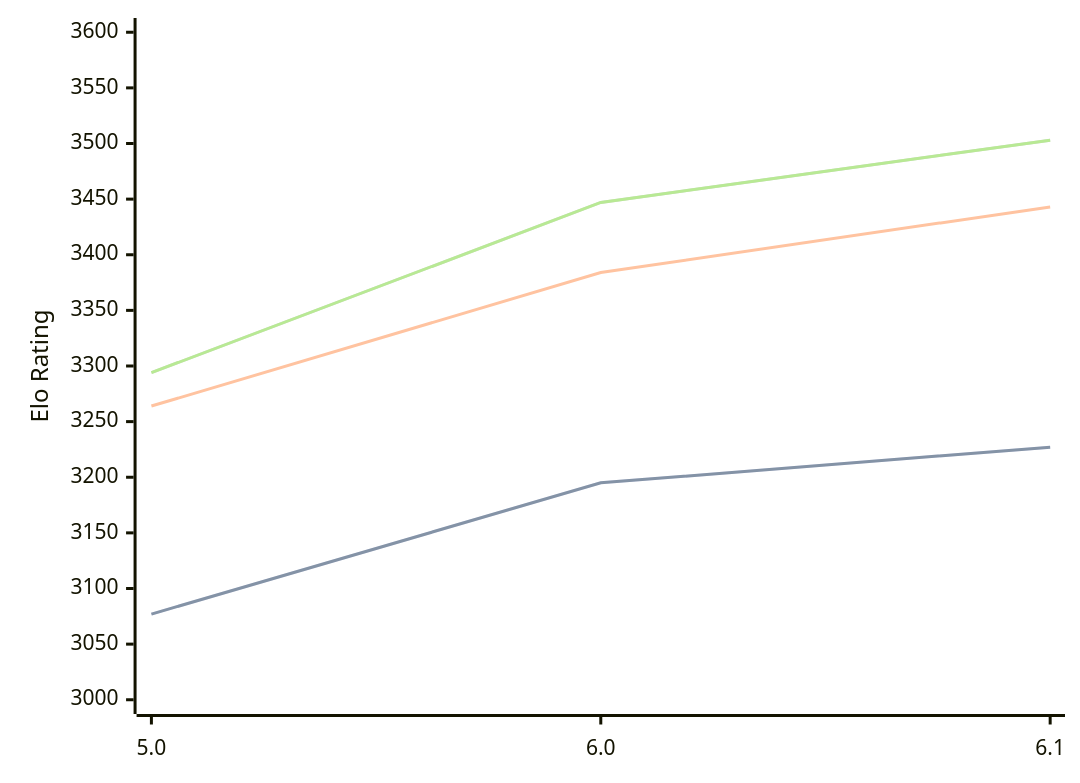
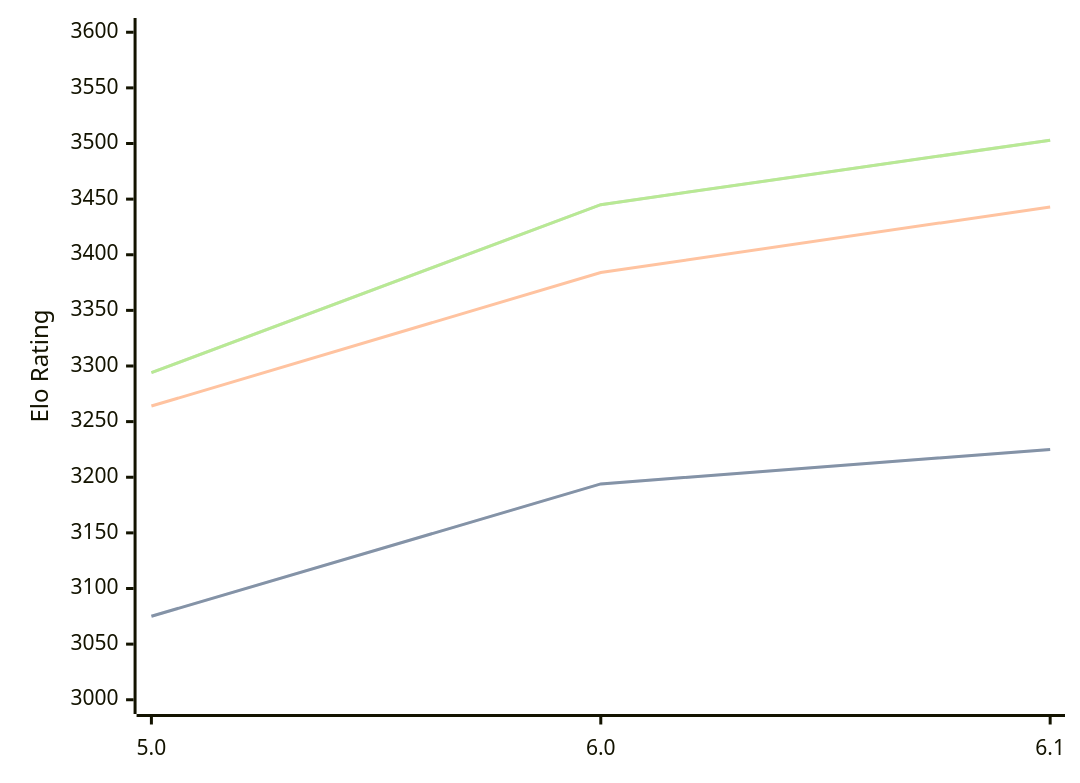
One commit to computer-chess-index/cci changed the diagram in engines/PZChessBot.md. Above: the diagram before and after it, drawn with Mermaid. The commit also changed other lines of this file, not shown here.

Commit message:
Update CCI Ratings (ELO VLTC) - 2026-03-30

````diff
--- a/engines/PZChessBot.md
+++ b/engines/PZChessBot.md
@@ -42,11 +42,11 @@
 ```mermaid
 %%{init: {"theme":"base","themeVariables":{"seriesColors:['#a3a3a3','#222221','#faa371']}}}%%
 xychart-beta
   x-axis ["5.0", "6.0", "6.1"]
   y-axis "Elo Rating" 3000 --> 3600
-  line "STC (8.0+0.08s)" [3077, 3195, 3227]
-  line "STC (8.0+0.08s)" [3077, 3195, 3227]
+  line "STC (8.0+0.08s)" [3075, 3194, 3225]
+  line "STC (8.0+0.08s)" [3075, 3194, 3225]
   line "LTC (60.0+0.60s)" [3264, 3384, 3443]
-  line "VLTC (2m24s+1.12s)" [3294, 3447, 3503]
-  line "VLTC (2m24s+1.12s)" [3294, 3447, 3503]
+  line "VLTC (2m24s+1.12s)" [3294, 3445, 3503]
+  line "VLTC (2m24s+1.12s)" [3294, 3445, 3503]
 ```
````
